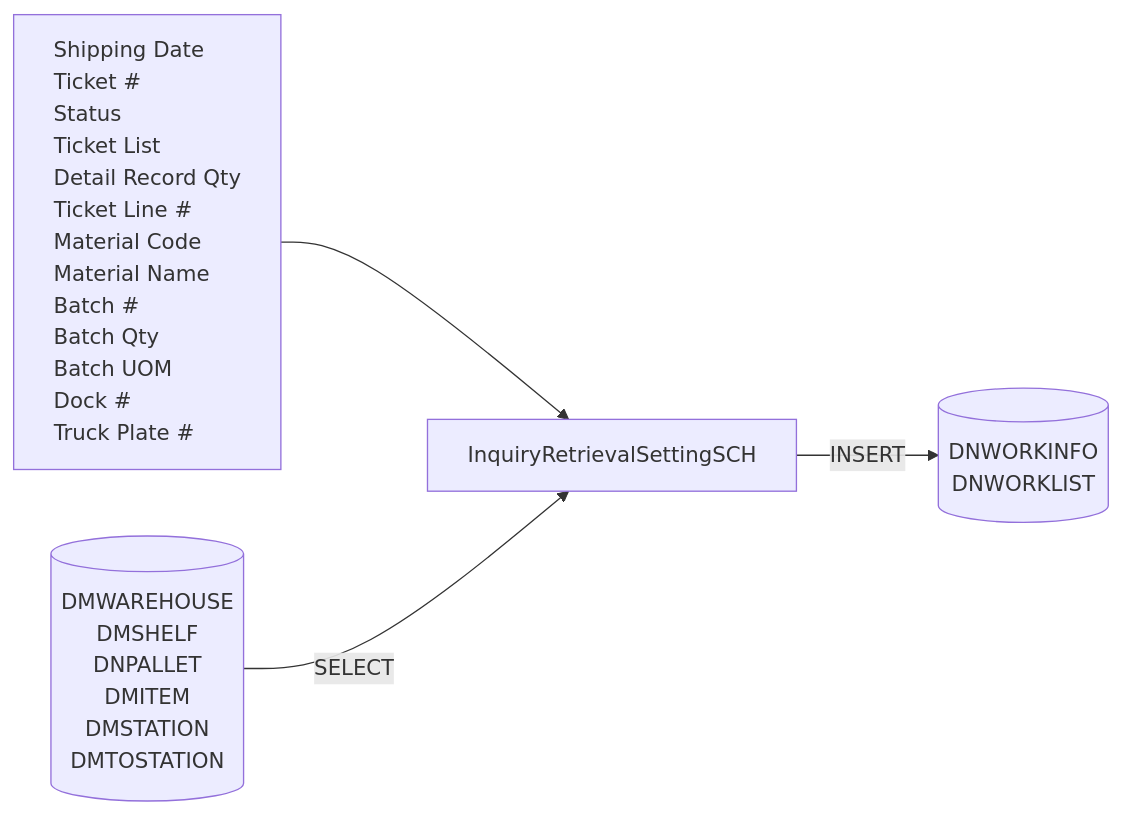
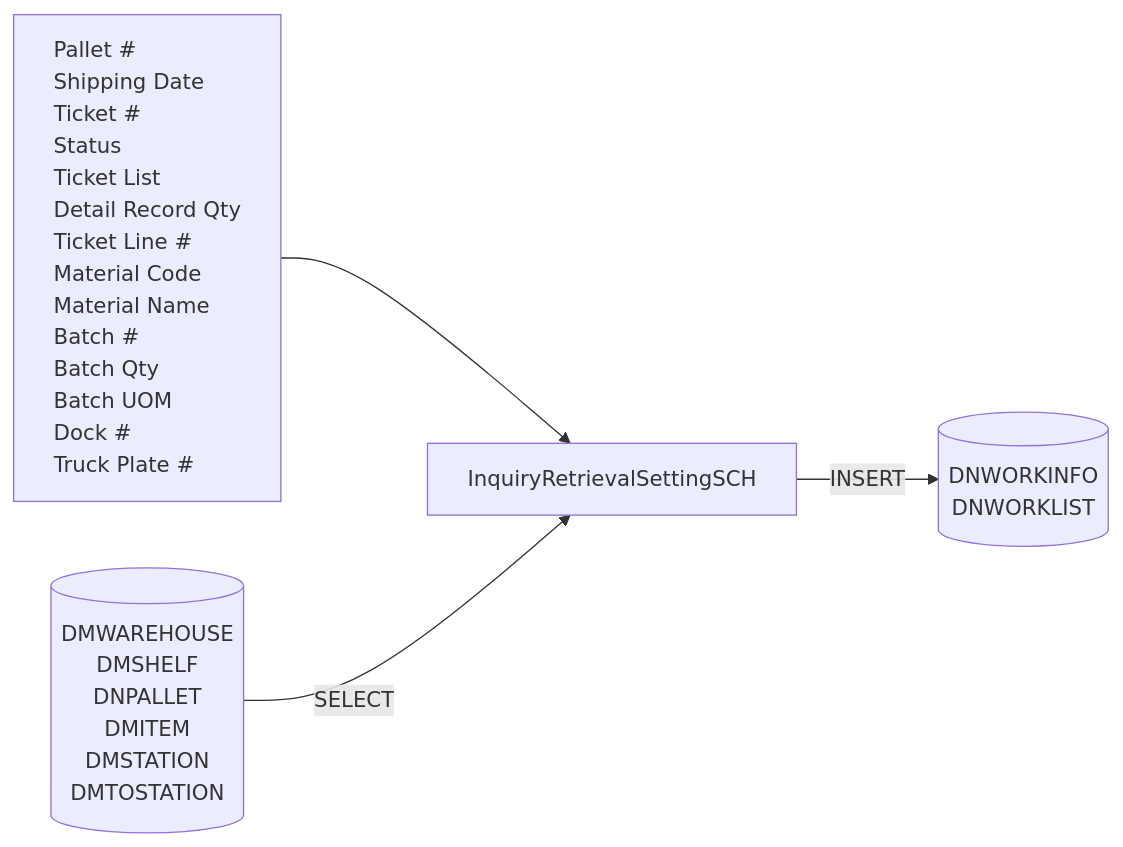
The third of 11 diagrams in Basic-Design/DFD-WMS/Retrieval/Planned-Retrieval-to-HP-Area.md (luthfiadityaa/SimeDarby-Wiki), drawn with Mermaid before and after one commit.

Commit message:
Updated Planned Retrieval to HP Area

```diff
--- a/Basic-Design/DFD-WMS/Retrieval/Planned-Retrieval-to-HP-Area.md
+++ b/Basic-Design/DFD-WMS/Retrieval/Planned-Retrieval-to-HP-Area.md
@@ -111,39 +111,41 @@
 ::: mermaid
 flowchart LR
     input[
+        Pallet #
         Shipping Date
         Ticket #
         Status
         Ticket List
         Detail Record Qty
         Ticket Line #
         Material Code
         Material Name
         Batch #
         Batch Qty
         Batch UOM
         Dock #
-        Truck Plate #    ]
+        Truck Plate #    
+   ]
 
     tableList-insert[("
         DNWORKINFO
         DNWORKLIST
     ")]
 
      tableList-select[("
         DMWAREHOUSE
         DMSHELF
         DNPALLET
         DMITEM
         DMSTATION
         DMTOSTATION
     ")]
 
     className[InquiryRetrievalSettingSCH]
 
     input --> className --> |INSERT| tableList-insert
     tableList-select --> |SELECT| className
 
     classDef leftAlign text-align:left;
     class input leftAlign;
 :::
```
